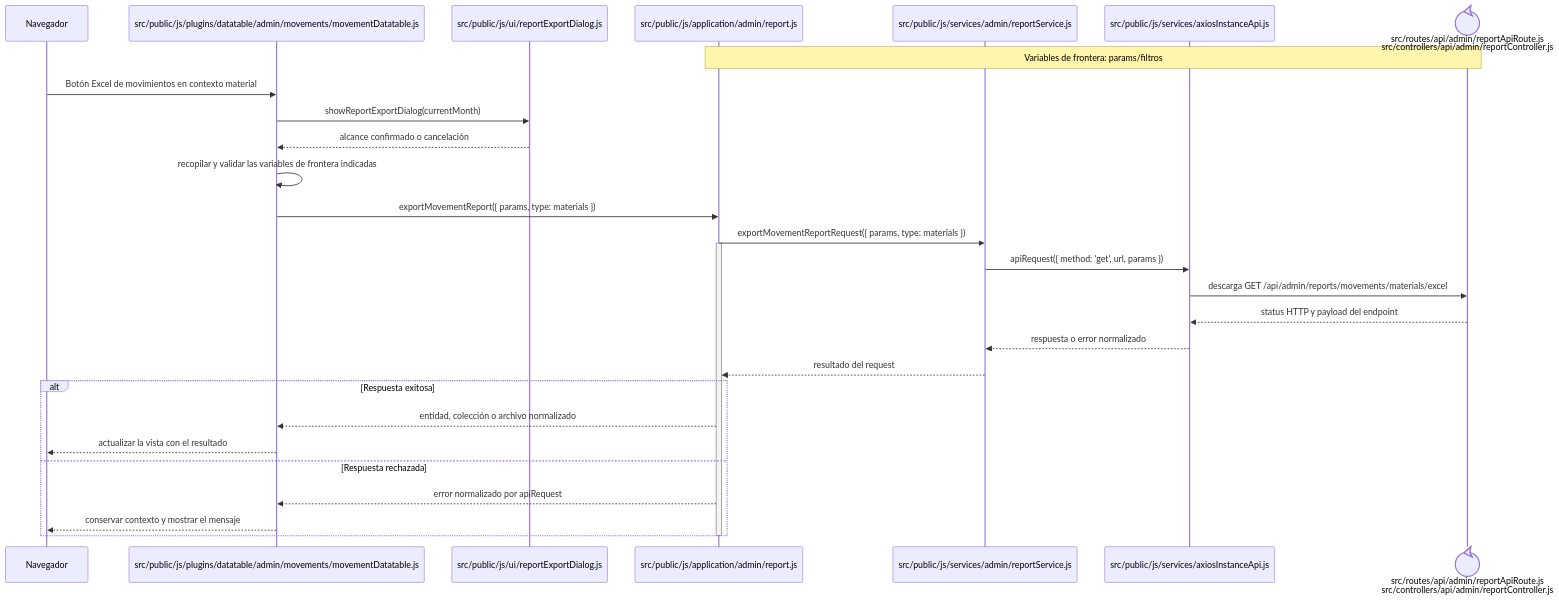
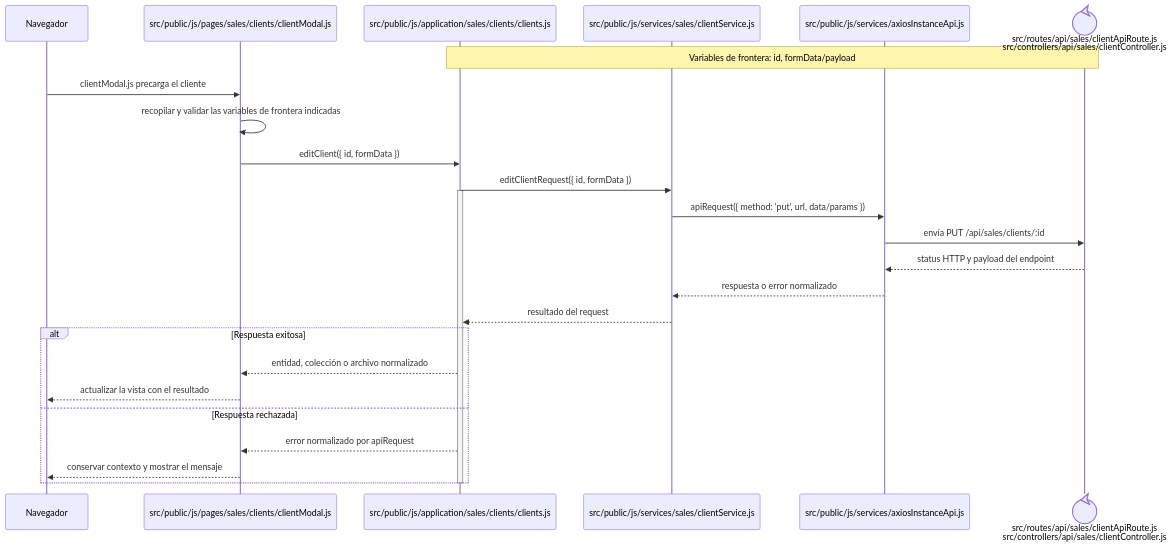
The diagram in docs/architecture/frontend-code-sequences/catalogs/cu-cat-08.md (gpgsistemas01/nexus), drawn with Mermaid before and after one commit. The commit also changed other lines of this file and 287 other files, not shown here.

````diff
--- a/docs/architecture/frontend-code-sequences/catalogs/cu-cat-08.md
+++ b/docs/architecture/frontend-code-sequences/catalogs/cu-cat-08.md
@@ -6,32 +6,29 @@
 ```mermaid
 sequenceDiagram
     participant Browser as Navegador
-    participant View as src/public/js/plugins/datatable/admin/movements/movementDatatable.js
-    participant Dialog as src/public/js/ui/reportExportDialog.js
-    participant Application as src/public/js/application/admin/report.js
-    participant Request as src/public/js/services/admin/reportService.js
+    participant View as src/public/js/pages/sales/clients/clientModal.js
+    participant Application as src/public/js/application/sales/clients/clients.js
+    participant Request as src/public/js/services/sales/clientService.js
     participant HTTP as src/public/js/services/axiosInstanceApi.js
-    participant Transport@{ "type": "control" } as src/routes/api/admin/reportApiRoute.js<br/>src/controllers/api/admin/reportController.js
-    Note over Application,Transport: Variables de frontera: params/filtros
+    participant Transport@{ "type": "control" } as src/routes/api/sales/clientApiRoute.js<br/>src/controllers/api/sales/clientController.js
+    Note over Application,Transport: Variables de frontera: id, formData/payload
 
-    Browser->>View: Botón Excel de movimientos en contexto material
-    View->>Dialog: showReportExportDialog(currentMonth)
-    Dialog-->>View: alcance confirmado o cancelación
+    Browser->>View: clientModal.js precarga el cliente
     View->>View: recopilar y validar las variables de frontera indicadas
-    View->>Application: exportMovementReport({ params, type: materials })
-    Application->>Request: exportMovementReportRequest({ params, type: materials })
+    View->>Application: editClient({ id, formData })
+    Application->>Request: editClientRequest({ id, formData })
     activate Application
-    Request->>HTTP: apiRequest({ method: 'get', url, params })
-    HTTP->>Transport: descarga GET /api/admin/reports/movements/materials/excel
+    Request->>HTTP: apiRequest({ method: 'put', url, data/params })
+    HTTP->>Transport: envía PUT /api/sales/clients/:id
     Transport-->>HTTP: status HTTP y payload del endpoint
     HTTP-->>Request: respuesta o error normalizado
     Request-->>Application: resultado del request
     alt Respuesta exitosa
         Application-->>View: entidad, colección o archivo normalizado
         View-->>Browser: actualizar la vista con el resultado
     else Respuesta rechazada
         Application-->>View: error normalizado por apiRequest
         View-->>Browser: conservar contexto y mostrar el mensaje
     end
     deactivate Application
 ```
````
